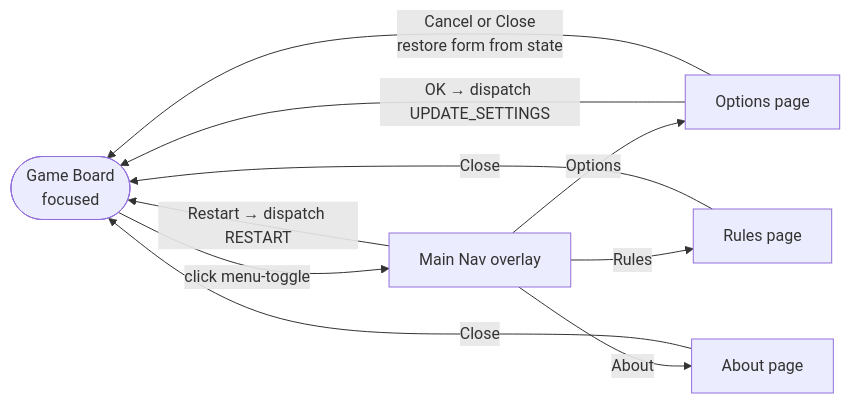
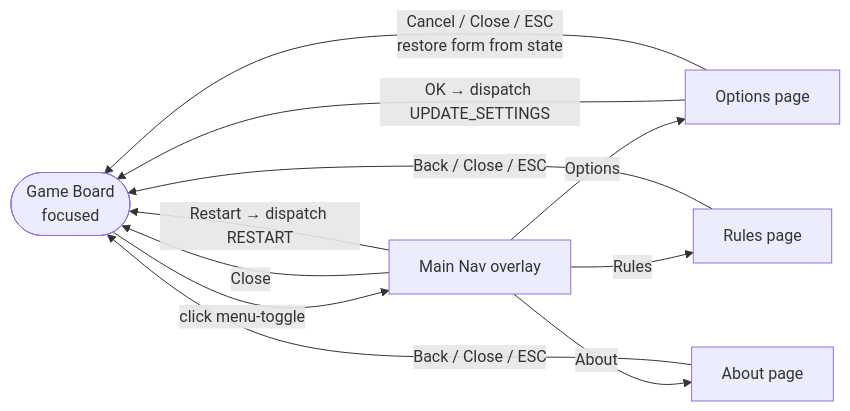
Diagram 14 of 15 in doc/software_architecture.md (OMerkel/TetrominoStacking), drawn with Mermaid before and after one commit. The commit also changed other lines of this file and 12 other files, not shown here.

````diff
--- a/doc/software_architecture.md
+++ b/doc/software_architecture.md
@@ -871,20 +874,21 @@
 ```mermaid
 flowchart LR
   BOARD([Game Board\nfocused])
   MENU[Main Nav overlay]
   OPT[Options page]
   RULES[Rules page]
   ABOUT[About page]
 
   BOARD -- "click menu-toggle" --> MENU
+  MENU -- "Close" --> BOARD
   MENU -- "Restart → dispatch RESTART" --> BOARD
   MENU -- "Options" --> OPT
   MENU -- "Rules" --> RULES
   MENU -- "About" --> ABOUT
 
   OPT -- "OK → dispatch UPDATE_SETTINGS" --> BOARD
-  OPT -- "Cancel or Close\nrestore form from state" --> BOARD
+  OPT -- "Cancel / Close / ESC\nrestore form from state" --> BOARD
 
-  RULES -- "Close" --> BOARD
-  ABOUT -- "Close" --> BOARD
+  RULES -- "Back / Close / ESC" --> BOARD
+  ABOUT -- "Back / Close / ESC" --> BOARD
 ```
````
